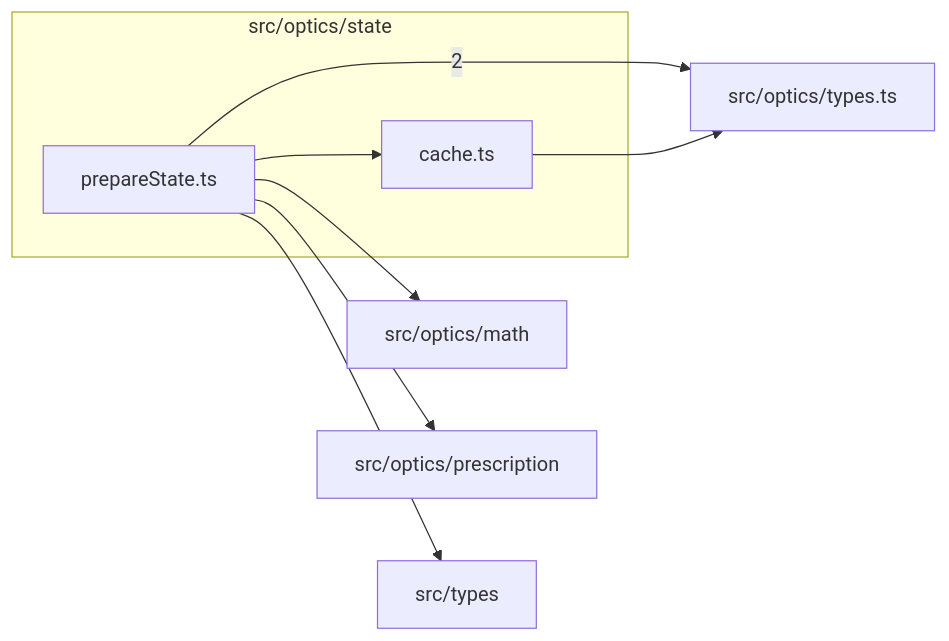
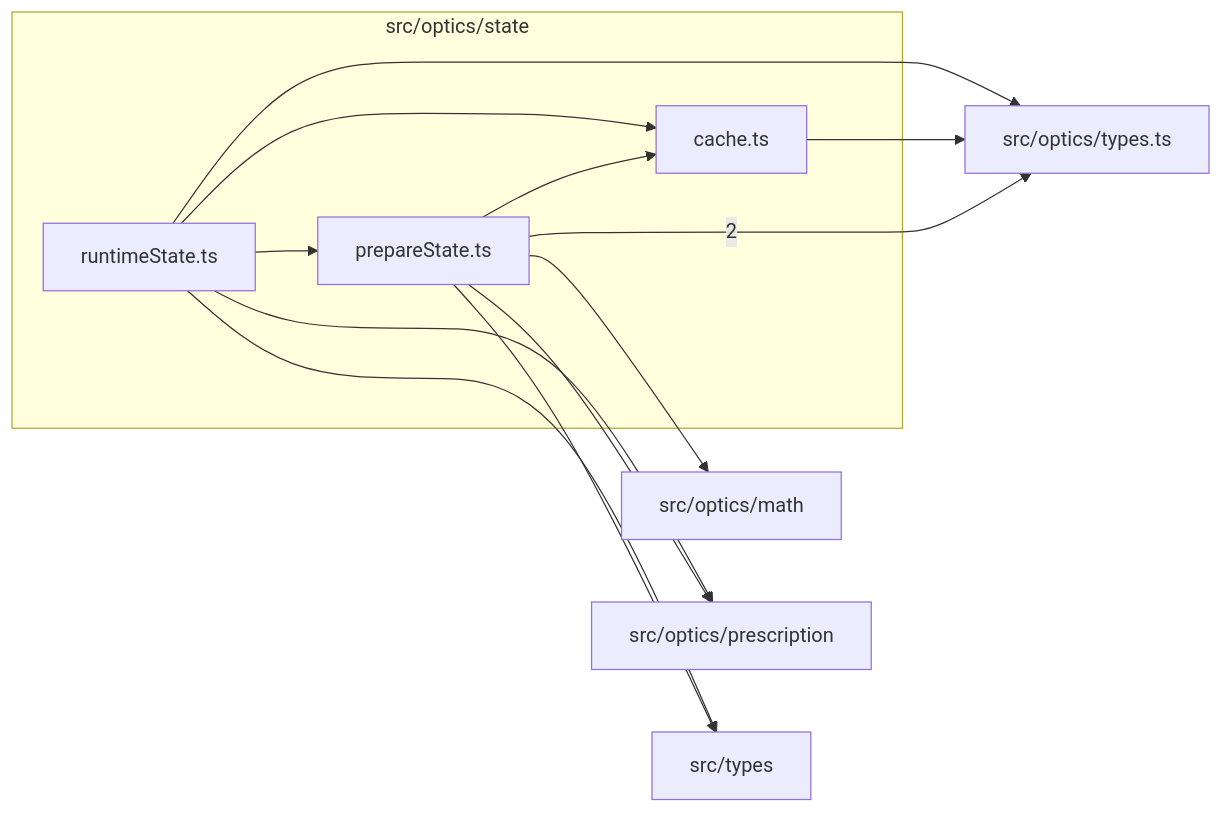
The diagram in src/optics/state/readme.md (ronbuening/LensVisualizer), drawn with Mermaid before and after one commit. The commit also changed other lines of this file and 29 other files, not shown here.

````diff
--- a/src/optics/state/readme.md
+++ b/src/optics/state/readme.md
@@ -9,17 +9,23 @@
 ```mermaid
 flowchart LR
   subgraph n_src_optics_state["src/optics/state"]
     n_src_optics_state_src_optics_state_cache_ts["cache.ts"]
     n_src_optics_state_src_optics_state_prepareState_ts["prepareState.ts"]
+    n_src_optics_state_src_optics_state_runtimeState_ts["runtimeState.ts"]
   end
   n_external_src_optics_types_ts["src/optics/types.ts"]
   n_external_src_optics_math["src/optics/math"]
   n_external_src_optics_prescription["src/optics/prescription"]
   n_external_src_types["src/types"]
   n_src_optics_state_src_optics_state_prepareState_ts --> |2| n_external_src_optics_types_ts
   n_src_optics_state_src_optics_state_prepareState_ts --> n_external_src_optics_math
   n_src_optics_state_src_optics_state_prepareState_ts --> n_external_src_optics_prescription
+  n_src_optics_state_src_optics_state_runtimeState_ts --> n_external_src_optics_prescription
   n_src_optics_state_src_optics_state_cache_ts --> n_external_src_optics_types_ts
+  n_src_optics_state_src_optics_state_runtimeState_ts --> n_external_src_optics_types_ts
   n_src_optics_state_src_optics_state_prepareState_ts --> n_external_src_types
+  n_src_optics_state_src_optics_state_runtimeState_ts --> n_external_src_types
   n_src_optics_state_src_optics_state_prepareState_ts --> n_src_optics_state_src_optics_state_cache_ts
+  n_src_optics_state_src_optics_state_runtimeState_ts --> n_src_optics_state_src_optics_state_cache_ts
+  n_src_optics_state_src_optics_state_runtimeState_ts --> n_src_optics_state_src_optics_state_prepareState_ts
 ```
````
